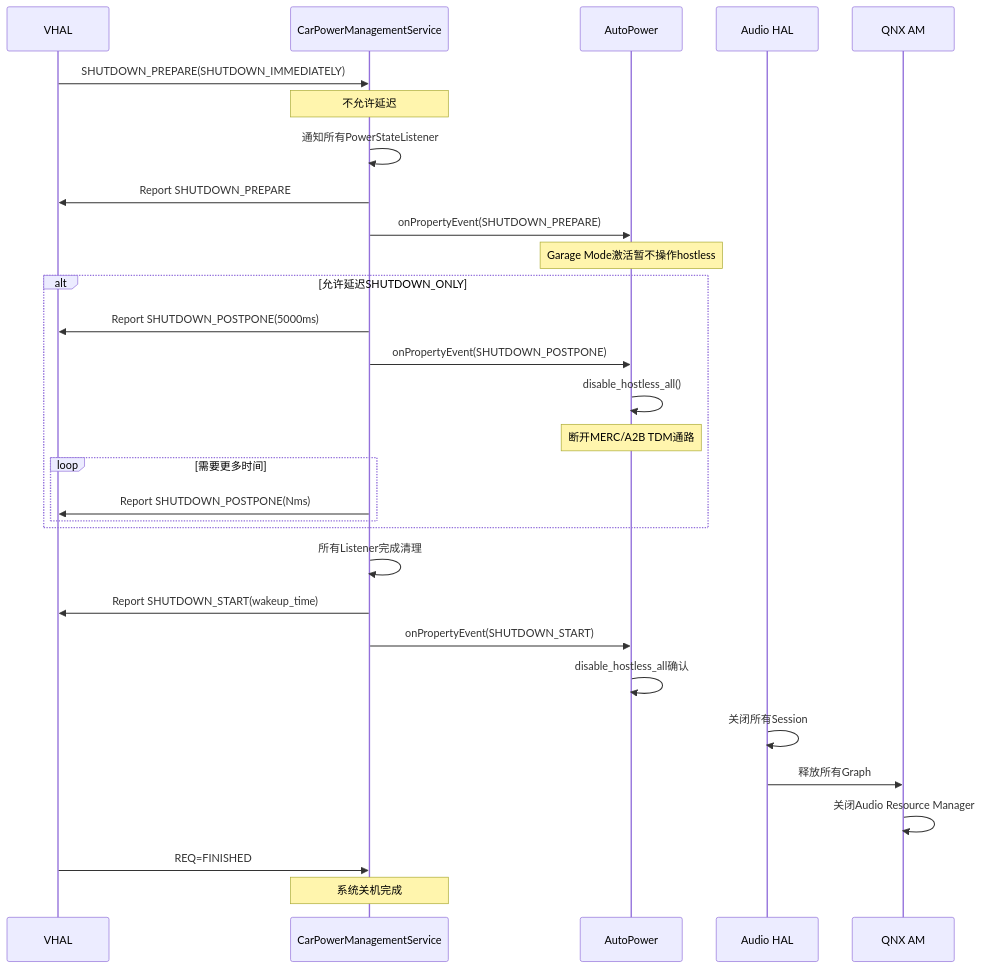
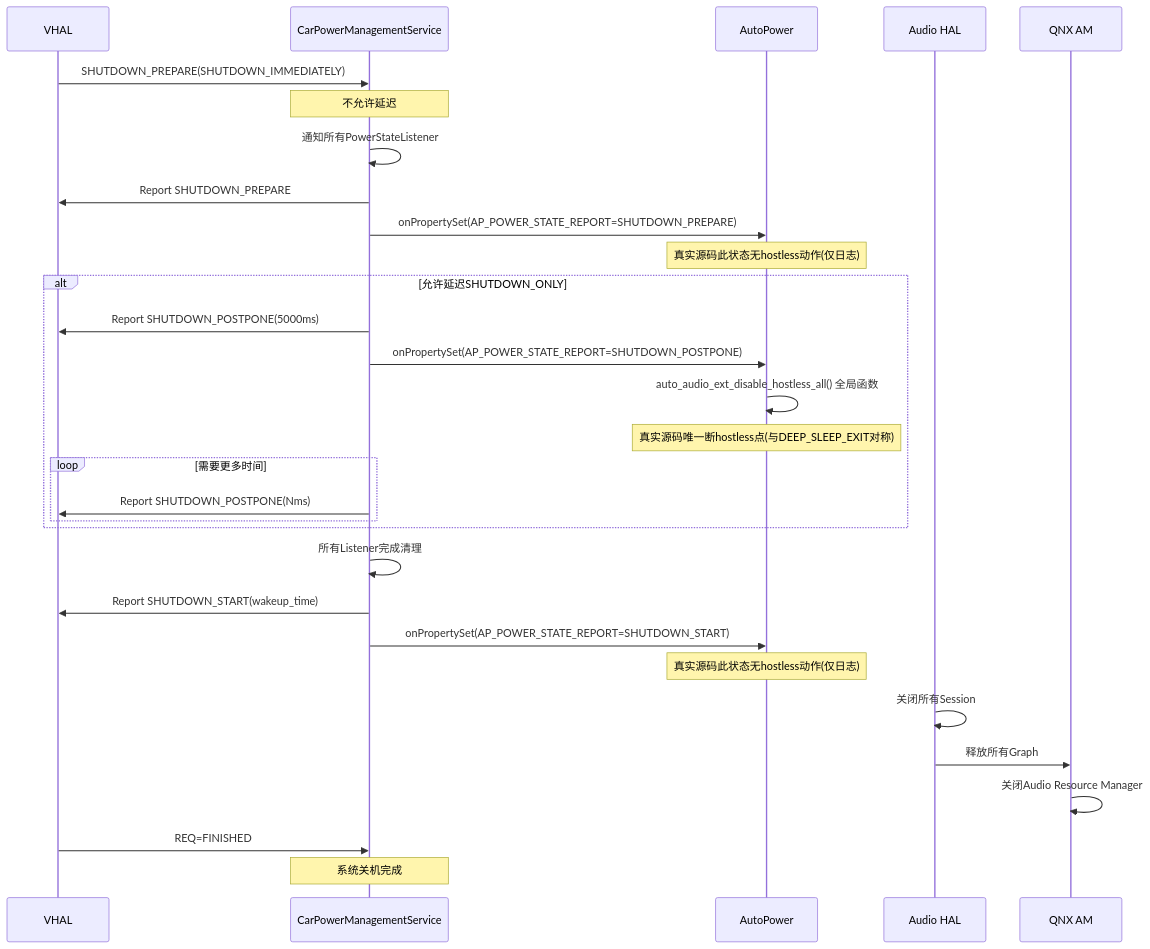
The fifth of 7 diagrams in 16_Vendor_QNX_Architecture/16_16.3_AutoPower与VHAL集成.md (yanglinzhen1022/SA8295_AAOS_QNX_Audio_KnowledgeBase), drawn with Mermaid before and after one commit. The commit also changed other lines of this file and 48 other files, not shown here.

````diff
--- a/16_Vendor_QNX_Architecture/16_16.3_AutoPower与VHAL集成.md
+++ b/16_Vendor_QNX_Architecture/16_16.3_AutoPower与VHAL集成.md
@@ -521,39 +459,39 @@
 ```mermaid
 sequenceDiagram
     participant VHAL as VHAL
     participant CPMS as CarPowerManagementService
     participant AP as AutoPower
     participant AHAL as Audio HAL
     participant QNX as QNX AM
 
     VHAL->>CPMS: SHUTDOWN_PREPARE(SHUTDOWN_IMMEDIATELY)
     Note over CPMS: 不允许延迟
 
     CPMS->>CPMS: 通知所有PowerStateListener
     CPMS->>VHAL: Report SHUTDOWN_PREPARE
-    CPMS->>AP: onPropertyEvent(SHUTDOWN_PREPARE)
-    Note over AP: Garage Mode激活暂不操作hostless
+    CPMS->>AP: onPropertySet(AP_POWER_STATE_REPORT=SHUTDOWN_PREPARE)
+    Note over AP: 真实源码此状态无hostless动作(仅日志)
 
     alt 允许延迟SHUTDOWN_ONLY
         CPMS->>VHAL: Report SHUTDOWN_POSTPONE(5000ms)
-        CPMS->>AP: onPropertyEvent(SHUTDOWN_POSTPONE)
-        AP->>AP: disable_hostless_all()
-        Note over AP: 断开MERC/A2B TDM通路
+        CPMS->>AP: onPropertySet(AP_POWER_STATE_REPORT=SHUTDOWN_POSTPONE)
+        AP->>AP: auto_audio_ext_disable_hostless_all() 全局函数
+        Note over AP: 真实源码唯一断hostless点(与DEEP_SLEEP_EXIT对称)
 
         loop 需要更多时间
             CPMS->>VHAL: Report SHUTDOWN_POSTPONE(Nms)
         end
     end
 
     CPMS->>CPMS: 所有Listener完成清理
     CPMS->>VHAL: Report SHUTDOWN_START(wakeup_time)
-    CPMS->>AP: onPropertyEvent(SHUTDOWN_START)
-    AP->>AP: disable_hostless_all确认
+    CPMS->>AP: onPropertySet(AP_POWER_STATE_REPORT=SHUTDOWN_START)
+    Note over AP: 真实源码此状态无hostless动作(仅日志)
 
     AHAL->>AHAL: 关闭所有Session
     AHAL->>QNX: 释放所有Graph
     QNX->>QNX: 关闭Audio Resource Manager
 
     VHAL->>CPMS: REQ=FINISHED
     Note over CPMS: 系统关机完成
 ```
````
